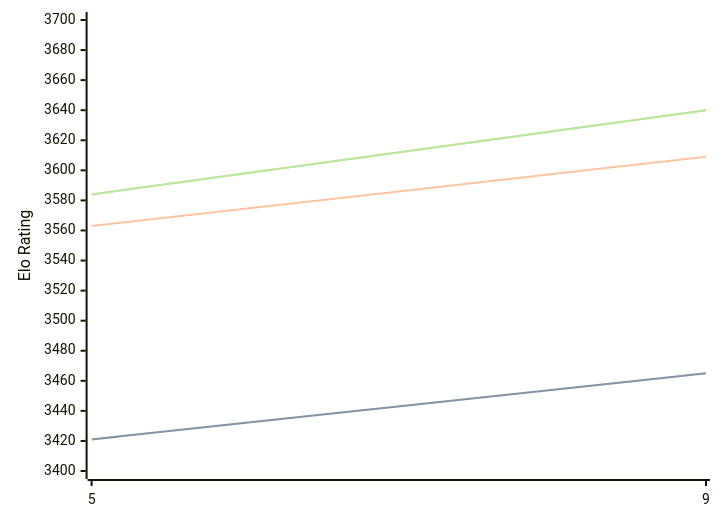
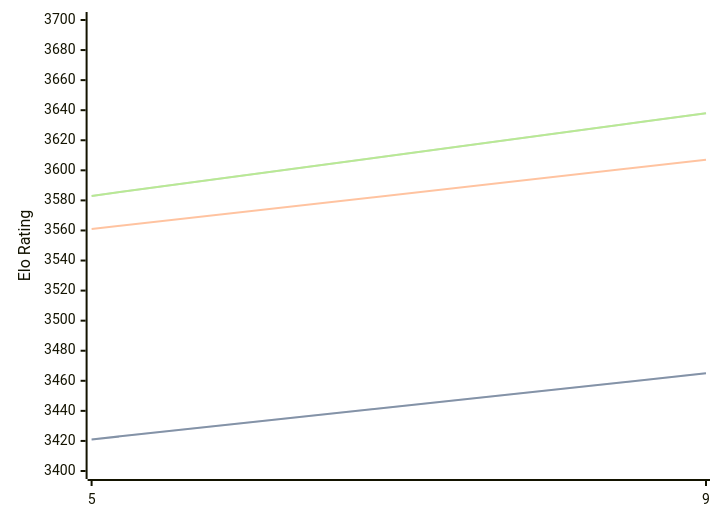
One commit to computer-chess-index/cci changed the diagram in engines/Crystal.md. Above: the diagram before and after it, drawn with Mermaid. The commit also changed other lines of this file, not shown here.

Commit message:
Update CCI Ratings (ELO VLTC) - 2026-03-04

````diff
--- a/engines/Crystal.md
+++ b/engines/Crystal.md
@@ -58,11 +58,11 @@
 ```mermaid
 %%{init: {"theme":"base","themeVariables":{"seriesColors:['#a3a3a3','#222221','#faa371']}}}%%
 xychart-beta
   x-axis ["5", "9"]
   y-axis "Elo Rating" 3400 --> 3700
   line "STC (8.0+0.08s)" [3421, 3465]
   line "STC (8.0+0.08s)" [3421, 3465]
-  line "LTC (60.0+0.60s)" [3563, 3609]
-  line "VLTC (2m24s+1.12s)" [3584, 3640]
-  line "VLTC (2m24s+1.12s)" [3584, 3640]
+  line "LTC (60.0+0.60s)" [3561, 3607]
+  line "VLTC (2m24s+1.12s)" [3583, 3638]
+  line "VLTC (2m24s+1.12s)" [3583, 3638]
 ```
````
